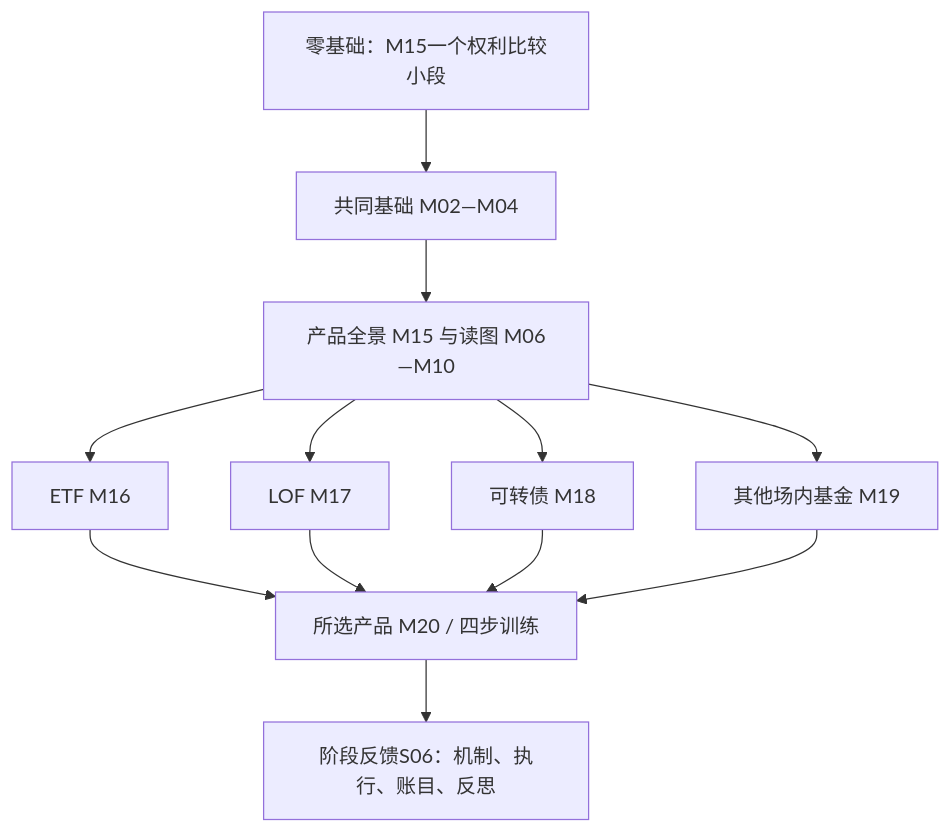
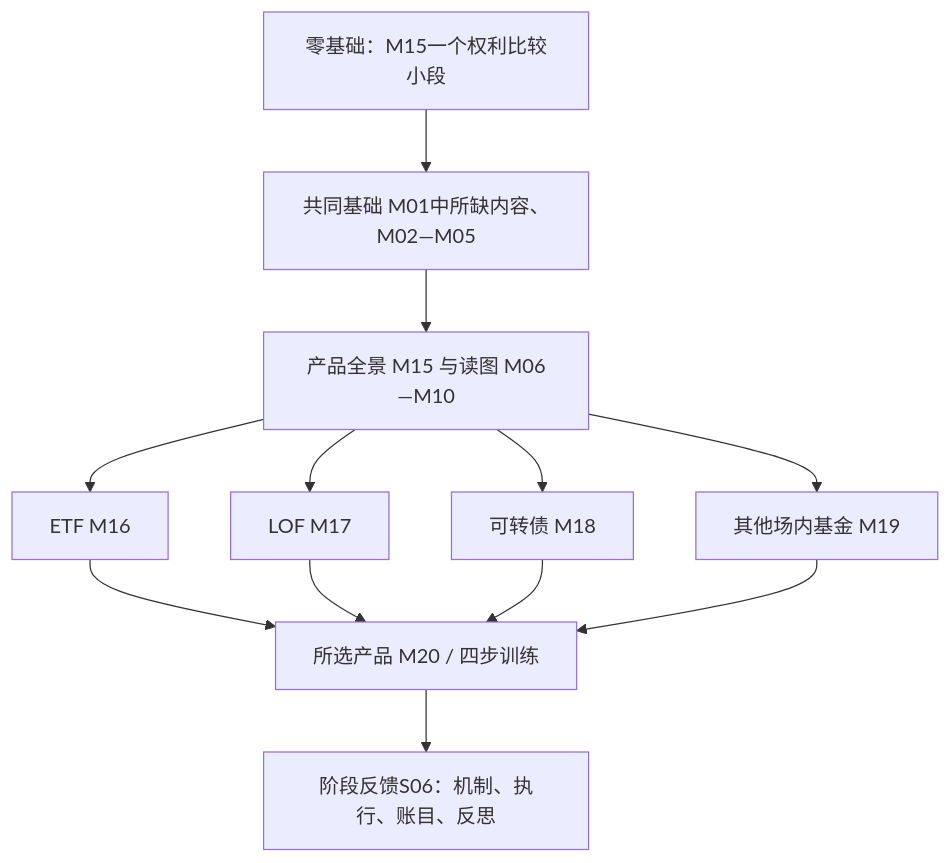
One commit to airpot/ashare-market-learning changed the second of 2 diagrams in references/roadmap.md. Above: the diagram before and after it, drawn with Mermaid. The commit also changed other lines of this file and 69 other files, not shown here.

````diff
--- a/references/roadmap.md
+++ b/references/roadmap.md
@@ -25,14 +52,14 @@
 ```mermaid
 flowchart TB
- A[零基础：M15一个权利比较小段] --> B[共同基础 M02—M04]
+ A[零基础：M15一个权利比较小段] --> B[共同基础 M01中所缺内容、M02—M05]
  B --> C[产品全景 M15 与读图 M06—M10]
  C --> D[ETF M16]
  C --> E[LOF M17]
  C --> F[可转债 M18]
  C --> G[其他场内基金 M19]
  D --> H[所选产品 M20 / 四步训练]
  E --> H
  F --> H
  G --> H
  H --> I[阶段反馈S06：机制、执行、账目、反思]
 ```
````
